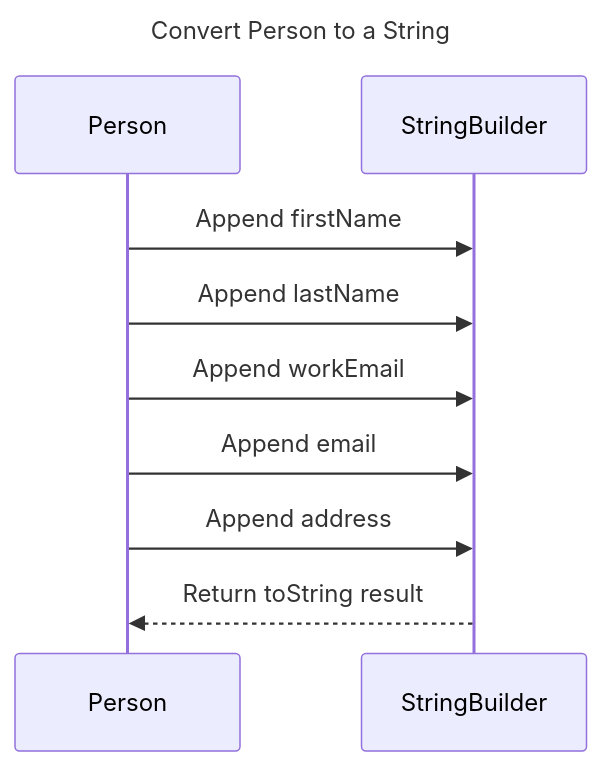
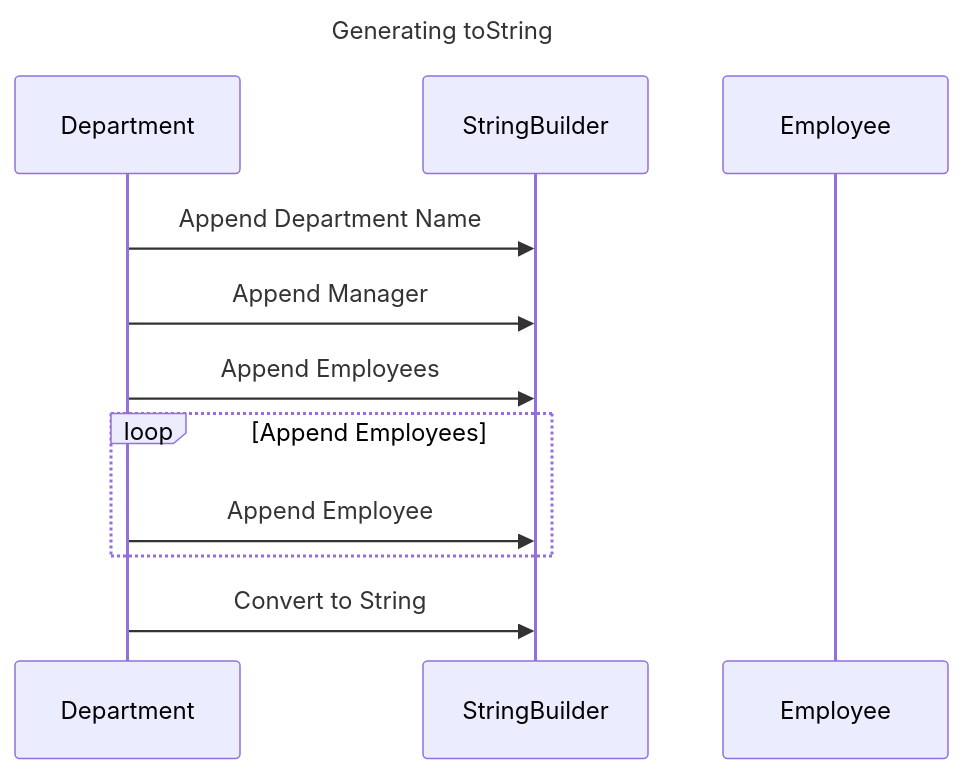
Before and after one commit to RichardHightower/docgen: the tenth of 10 diagrams in src/main/templates/methods/example.md, drawn with Mermaid. The commit also changed other lines of this file and 14 other files, not shown here.

````diff
--- a/src/main/templates/methods/example.md
+++ b/src/main/templates/methods/example.md
@@ -473,16 +696,19 @@
-```mermaid 
+```mermaid
 ---
-title: Convert Person to a String
+title: Generating toString
 ---
 sequenceDiagram
-    participant Person
+
+
+    participant Department
     participant StringBuilder
+    participant Employee
 
-    Person->>StringBuilder: Append firstName
-    Person->>StringBuilder: Append lastName
-    Person->>StringBuilder: Append workEmail
-    Person->>StringBuilder: Append email
-    Person->>StringBuilder: Append address
-    StringBuilder-->>Person: Return toString result
-
+    Department->>StringBuilder: Append Department Name
+    Department->>StringBuilder: Append Manager
+    Department->>StringBuilder: Append Employees
+    loop Append Employees
+        Department->>StringBuilder: Append Employee
+    end
+    Department->>StringBuilder: Convert to String
 ```
````
